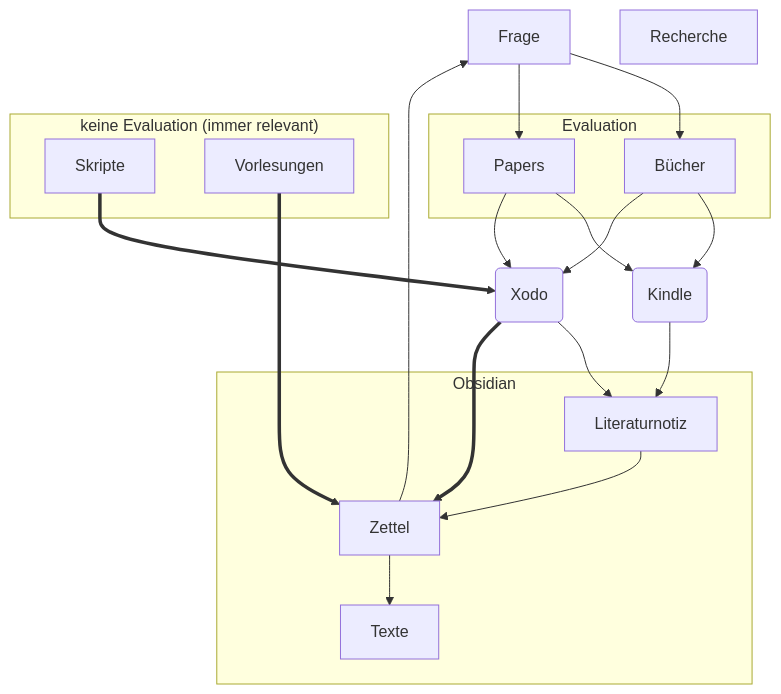
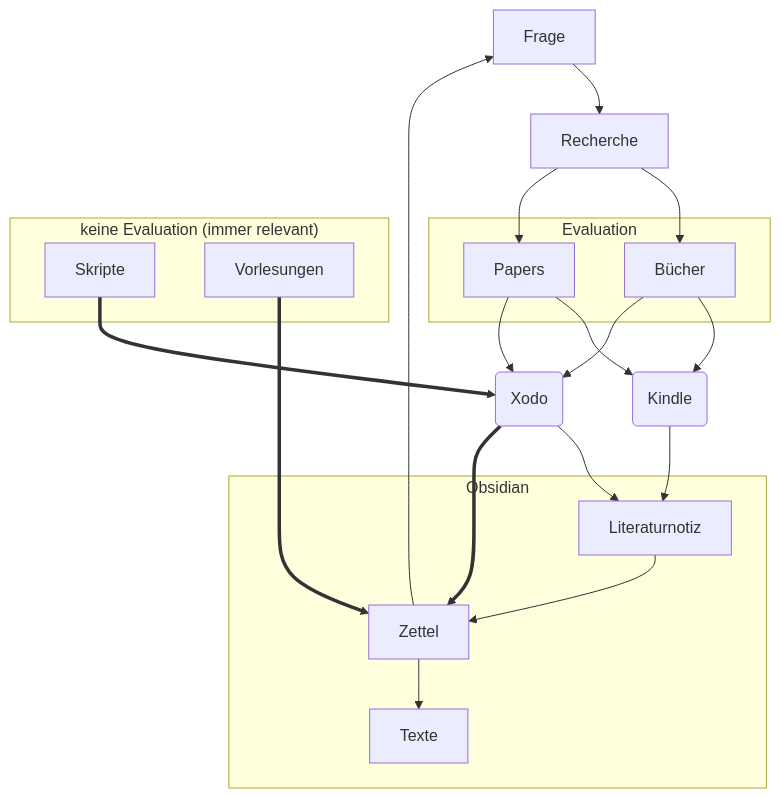
One commit to julianstoerig/zettelkasten changed the diagram in §Informationsverarbeitung.md. Above: the diagram before and after it, drawn with Mermaid. The commit also changed 1 other file, not shown here.

Commit message:
automatic version-control: 2021-01-15 00:01:19

````diff
--- a/§Informationsverarbeitung.md
+++ b/§Informationsverarbeitung.md
@@ -5,44 +5,46 @@
 ```mermaid
 graph TB;
 
 F[Frage]
 R[Recherche]
 
 B[Bücher]
 S[Skripte]
 V[Vorlesungen]
 P[Papers]
 
 K(Kindle)
 X(Xodo)
 
 L[Literaturnotiz]
 Z[Zettel]
 T[Texte]
+
+Z --> F
+F --> R
+R --> B & P
 
 subgraph Evaluation
 	B
 	P
 end
 
 subgraph "keine Evaluation (immer relevant)"
 	S
 	V
 end
 
 B & P --> K & X
 S ==> X
 
 K
 X
 
 K & X --> L
 X & V ==> Z
 
 subgraph Obsidian	
 	L --> Z
 	Z --> T
 end
-Z --> F
-F --> B & P
 ```
````
